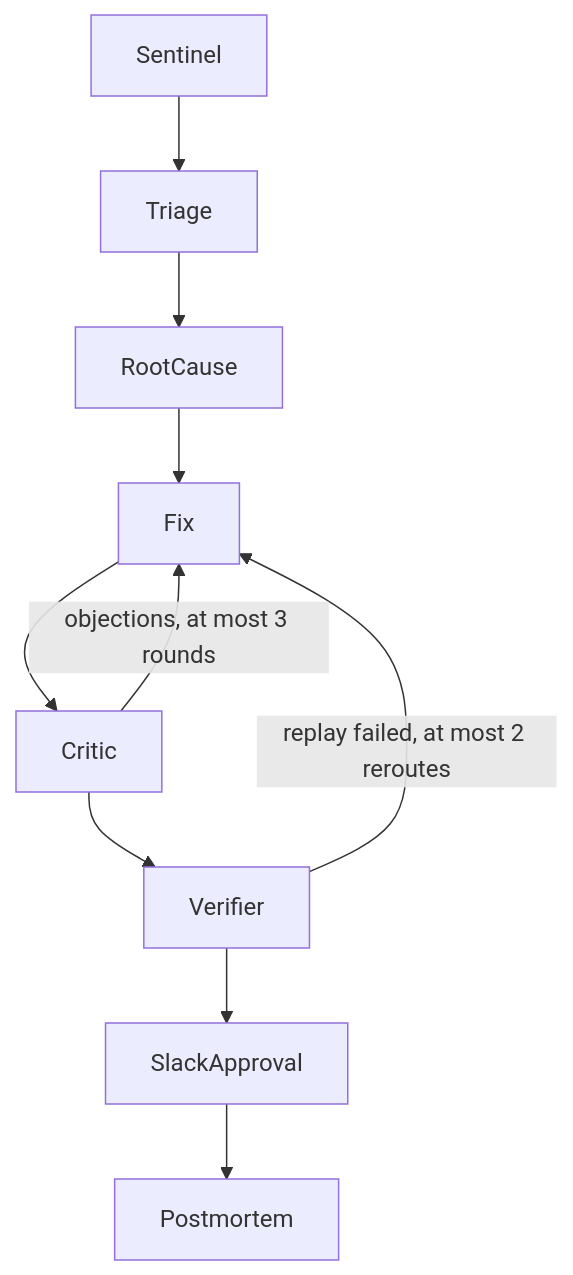
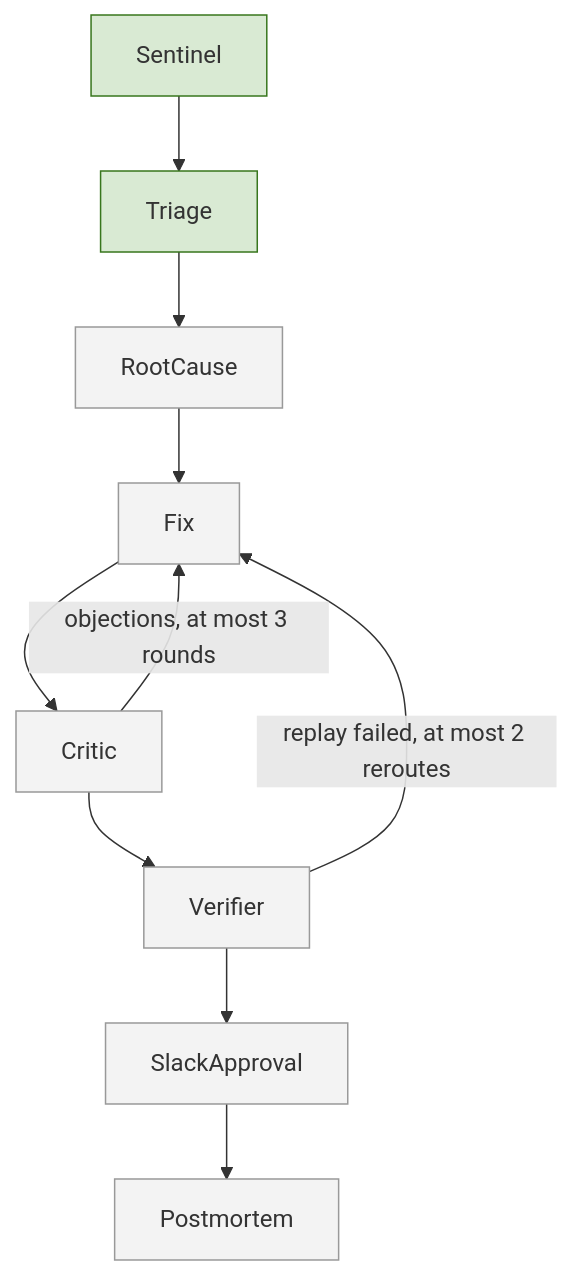
Before and after one commit to hamidmatiny/MERIDIAN: the diagram in README.md, drawn with Mermaid. The commit also changed other lines of this file and 41 other files, not shown here.

Commit message:
Add the Sentinel to Triage graph with a severity floor and resumable checkpoints.

````diff
--- a/README.md
+++ b/README.md
@@ -11,15 +11,20 @@
 ```mermaid
 flowchart TD
   sentinel[Sentinel]
   triage[Triage]
   rootCause[RootCause]
   fix[Fix]
   critic[Critic]
   verifier[Verifier]
   slack[SlackApproval]
   postmortem[Postmortem]
 
   sentinel --> triage --> rootCause --> fix --> critic --> verifier --> slack --> postmortem
   critic -->|"objections, at most 3 rounds"| fix
   verifier -->|"replay failed, at most 2 reroutes"| fix
+
+  classDef built fill:#d9ead3,stroke:#38761d
+  classDef planned fill:#f3f3f3,stroke:#999
+  class sentinel,triage built
+  class rootCause,fix,critic,verifier,slack,postmortem planned
 ```
````
